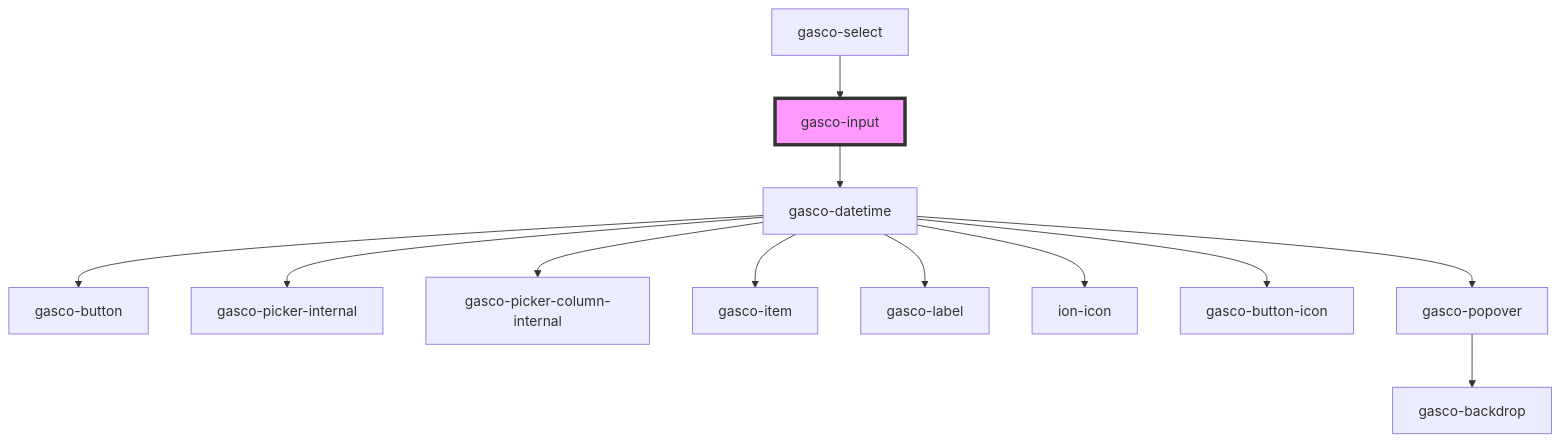
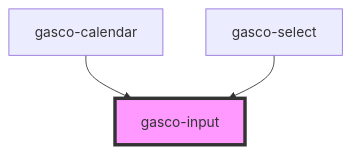
Before and after one commit to lac617a/gasco-core: the diagram in core/src/components/gasco-input/readme.md, drawn with Mermaid. The commit also changed other lines of this file and 19 other files, not shown here.

````diff
--- a/core/src/components/gasco-input/readme.md
+++ b/core/src/components/gasco-input/readme.md
@@ -104,15 +100,6 @@
 ```mermaid
 graph TD;
-  gasco-input --> gasco-datetime
-  gasco-datetime --> gasco-button
-  gasco-datetime --> gasco-picker-internal
-  gasco-datetime --> gasco-picker-column-internal
-  gasco-datetime --> gasco-item
-  gasco-datetime --> gasco-label
-  gasco-datetime --> ion-icon
-  gasco-datetime --> gasco-button-icon
-  gasco-datetime --> gasco-popover
-  gasco-popover --> gasco-backdrop
+  gasco-calendar --> gasco-input
   gasco-select --> gasco-input
   style gasco-input fill:#f9f,stroke:#333,stroke-width:4px
 ```
````
